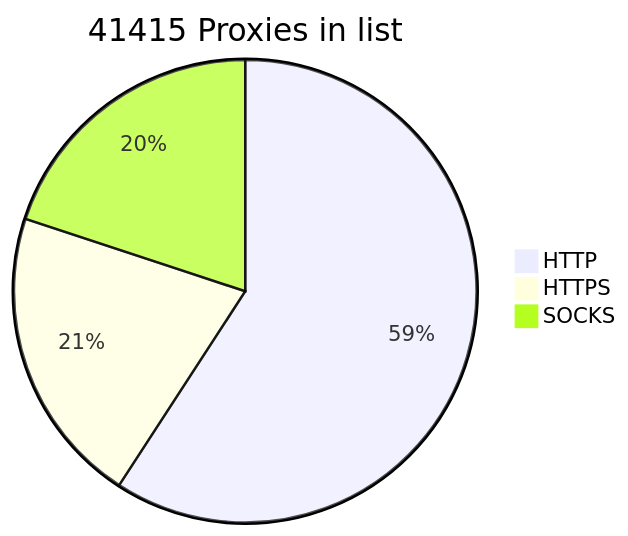
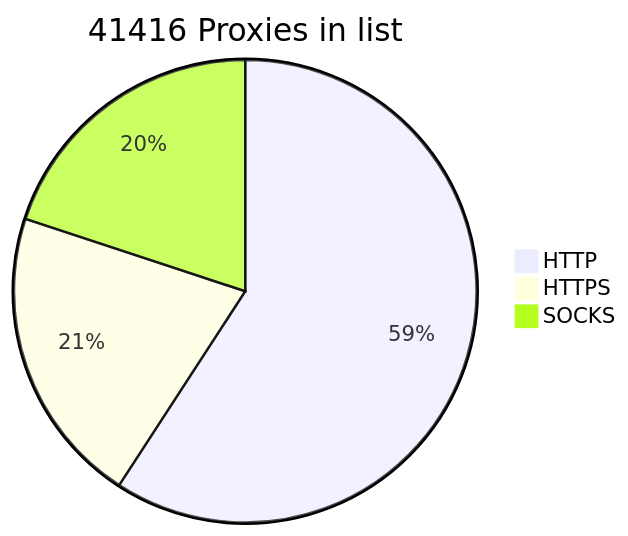
One commit to BlackSnowDot/proxylist-update-every-minute changed the diagram in README.md. Above: the diagram before and after it, drawn with Mermaid.

````diff
--- a/README.md
+++ b/README.md
@@ -2,6 +2,6 @@
 ```mermaid
-pie title 41415 Proxies in list
+pie title 41416 Proxies in list
     "HTTP" : 28496
     "HTTPS": 10059
-    "SOCKS" : 9599
+    "SOCKS" : 9600
 ```
````
